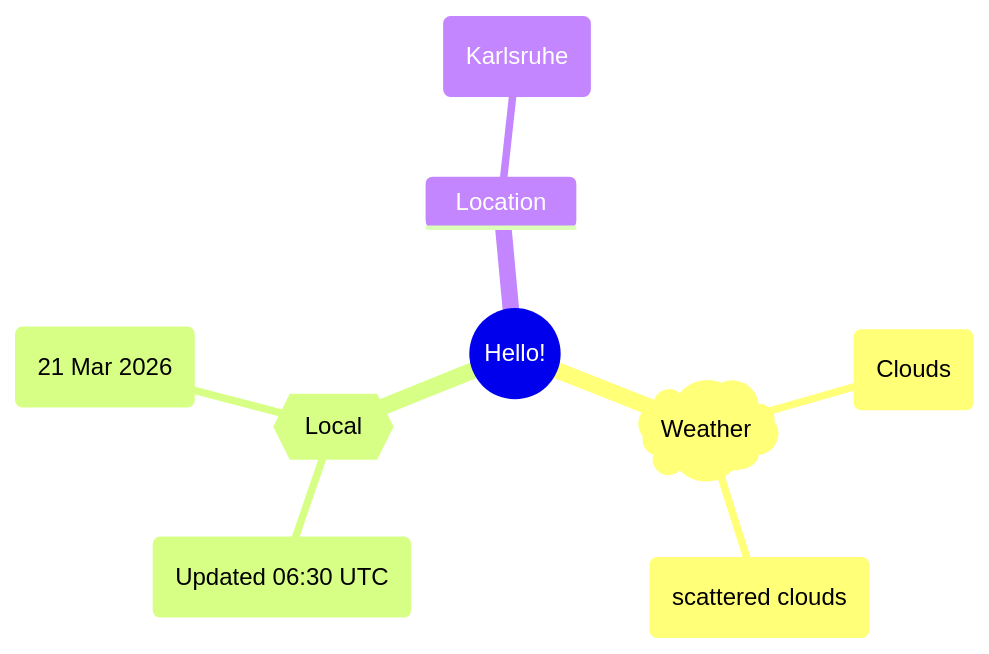
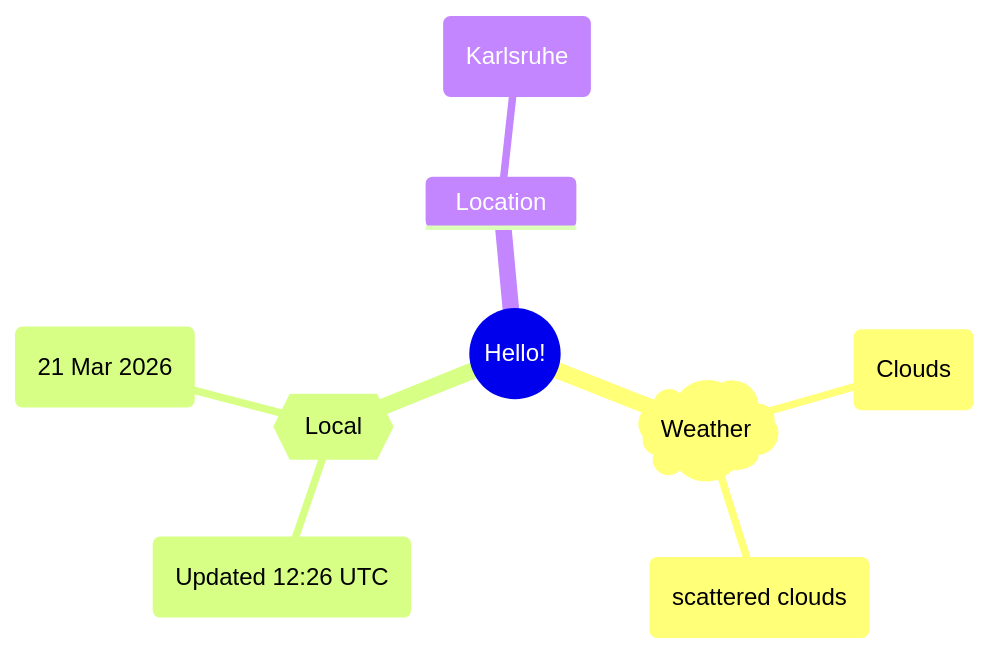
One commit to Xosrov/Xosrov changed the first of 2 diagrams in README.md. Above: the diagram before and after it, drawn with Mermaid.

Commit message:
[bot] updated images

````diff
--- a/README.md
+++ b/README.md
@@ -3,12 +3,12 @@
 ```mermaid
 mindmap
   root((Hello!))
     )Weather(
         (Clouds)
         (scattered clouds)
     {{Local}}
-        (Updated 06:30 UTC)
+        (Updated 12:26 UTC)
         (21 Mar 2026)
     Location
         (Karlsruhe)
 ```
````
